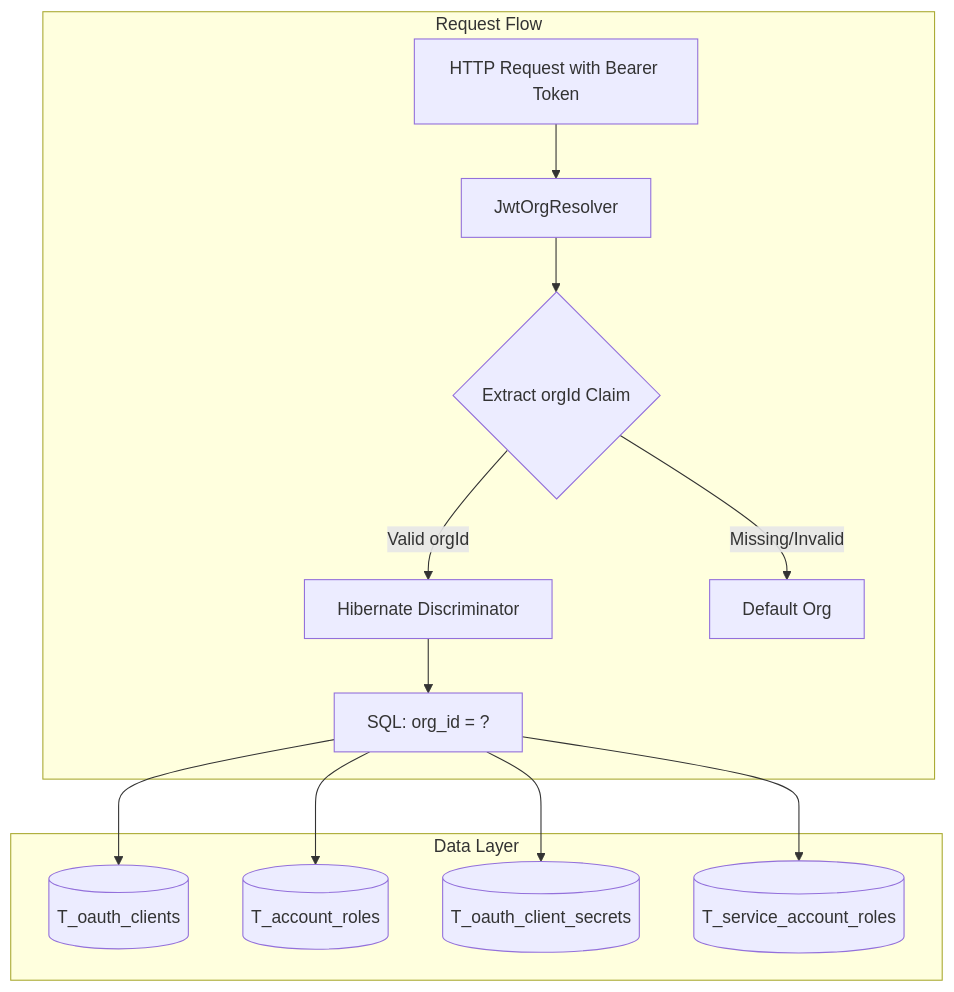
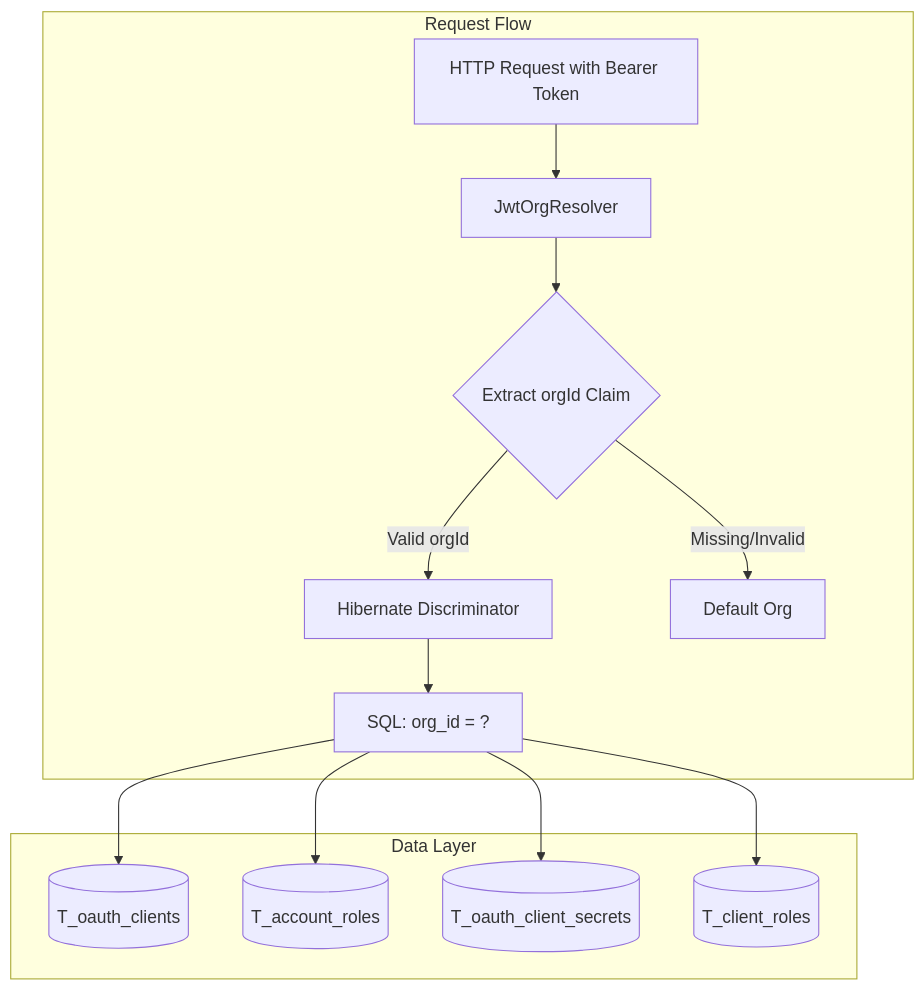
The diagram in docs/ephemeral-and-volatile-and-temporary-but-interesting/SECURITY_AUDIT_MULTITENANCY.md (abstratium-dev/abstrauth), drawn with Mermaid before and after one commit. The commit also changed other lines of this file and 27 other files, not shown here.

````diff
--- a/docs/ephemeral-and-volatile-and-temporary-but-interesting/SECURITY_AUDIT_MULTITENANCY.md
+++ b/docs/ephemeral-and-volatile-and-temporary-but-interesting/SECURITY_AUDIT_MULTITENANCY.md
@@ -22,17 +22,17 @@
 ```mermaid
 flowchart TB
     subgraph "Request Flow"
         A[HTTP Request with Bearer Token] --> B[JwtOrgResolver]
         B --> C{Extract orgId Claim}
         C -->|Valid orgId| D[Hibernate Discriminator]
         C -->|Missing/Invalid| E[Default Org]
         D --> F[SQL: org_id = ?]
     end
     
     subgraph "Data Layer"
         F --> G[(T_oauth_clients)]
         F --> H[(T_account_roles)]
         F --> I[(T_oauth_client_secrets)]
-        F --> J[(T_service_account_roles)]
+        F --> J[(T_client_roles)]
     end
 ```
````
